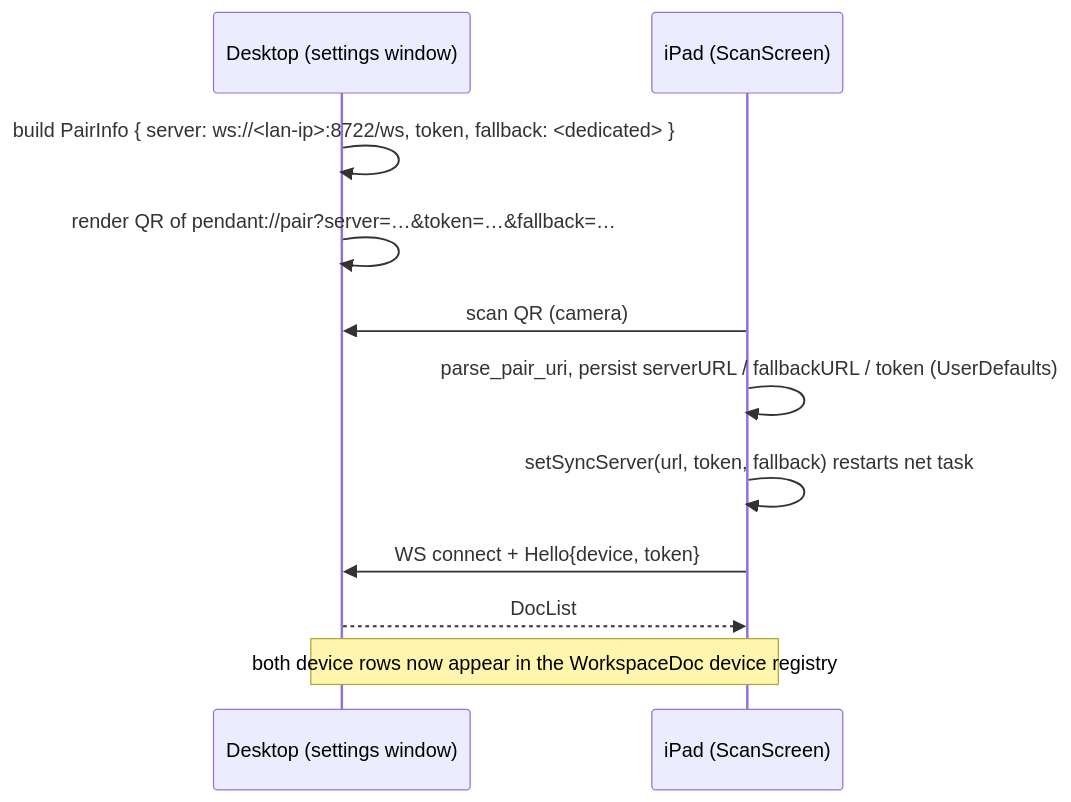
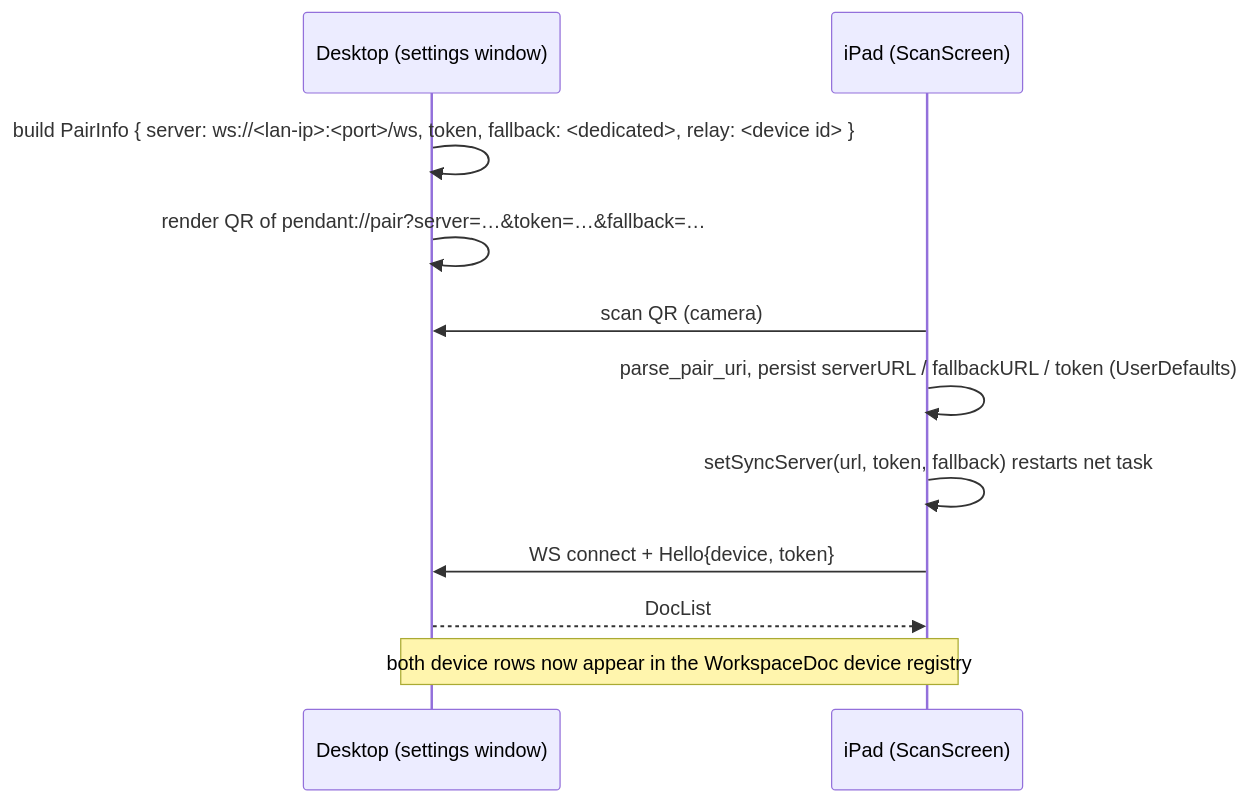
The second of 4 diagrams in docs/architecture.md (uttarayan21/krabink), drawn with Mermaid before and after one commit. The commit also changed other lines of this file and 8 other files, not shown here.

````diff
--- a/docs/architecture.md
+++ b/docs/architecture.md
@@ -64,13 +72,13 @@
 ```mermaid
 sequenceDiagram
     participant D as Desktop (settings window)
     participant P as iPad (ScanScreen)
-    D->>D: build PairInfo { server: ws://<lan-ip>:8722/ws, token, fallback: <dedicated> }
+    D->>D: build PairInfo { server: ws://<lan-ip>:<port>/ws, token, fallback: <dedicated>, relay: <device id> }
     D->>D: render QR of pendant://pair?server=…&token=…&fallback=…
     P->>D: scan QR (camera)
     P->>P: parse_pair_uri, persist serverURL / fallbackURL / token (UserDefaults)
     P->>P: setSyncServer(url, token, fallback) restarts net task
     P->>D: WS connect + Hello{device, token}
     D-->>P: DocList
     Note over D,P: both device rows now appear in the WorkspaceDoc device registry
 ```
````
